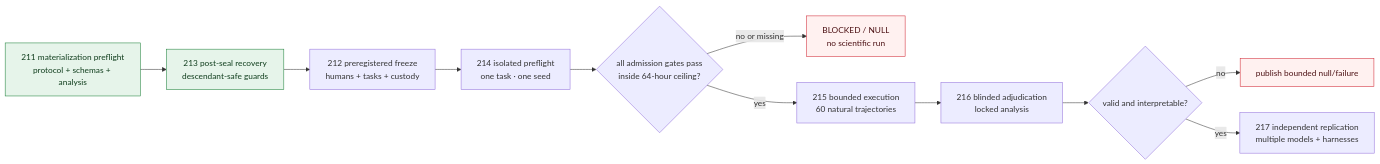
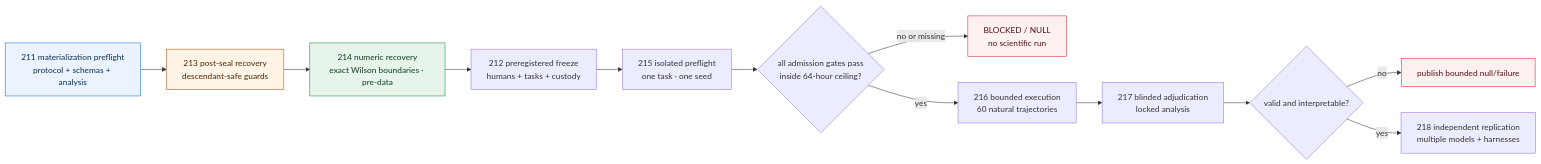
The second of 2 diagrams in docs/TELOS-ROADMAP-2026.md (manfromnowhere143/telos), drawn with Mermaid before and after one commit. The commit also changed other lines of this file and 21 other files, not shown here.

Commit message:
Recover TCP-1 cross-platform Wilson boundaries

````diff
--- a/docs/TELOS-ROADMAP-2026.md
+++ b/docs/TELOS-ROADMAP-2026.md
@@ -181,17 +183,22 @@
 ```mermaid
 flowchart LR
- I211["211 materialization preflight<br/>protocol + schemas + analysis"] --> I213["213 post-seal recovery<br/>descendant-safe guards"]
- I213 --> I212["212 preregistered freeze<br/>humans + tasks + custody"]
- I212 --> I214["214 isolated preflight<br/>one task · one seed"]
- I214 --> Q{"all admission gates pass<br/>inside 64-hour ceiling?"}
- Q -->|no or missing| B["BLOCKED / NULL<br/>no scientific run"]
- Q -->|yes| I215["215 bounded execution<br/>60 natural trajectories"]
- I215 --> I216["216 blinded adjudication<br/>locked analysis"]
- I216 --> R{"valid and interpretable?"}
- R -->|no| N["publish bounded null/failure"]
- R -->|yes| I217["217 independent replication<br/>multiple models + harnesses"]
- classDef done fill:#e6f4ea,stroke:#1a7f37,color:#0f3d1c;
- classDef blocked fill:#fff1f0,stroke:#cf222e,color:#4c1114;
- class I211,I213 done;
- class B,N blocked;
+I211["211 materialization preflight<br/>protocol + schemas + analysis"] --> I213["213 post-seal recovery<br/>descendant-safe guards"]
+I213 --> I214["214 numeric recovery<br/>exact Wilson boundaries · pre-data"]
+I214 --> I212["212 preregistered freeze<br/>humans + tasks + custody"]
+I212 --> I215["215 isolated preflight<br/>one task · one seed"]
+I215 --> Q{"all admission gates pass<br/>inside 64-hour ceiling?"}
+Q -->|no or missing| B["BLOCKED / NULL<br/>no scientific run"]
+Q -->|yes| I216["216 bounded execution<br/>60 natural trajectories"]
+I216 --> I217["217 blinded adjudication<br/>locked analysis"]
+I217 --> R{"valid and interpretable?"}
+R -->|no| N["publish bounded null/failure"]
+R -->|yes| I218["218 independent replication<br/>multiple models + harnesses"]
+classDef done fill:#eaf3ff,stroke:#0969da,color:#0c2d57;
+classDef corrected fill:#fff4e5,stroke:#b54708,color:#4a2500;
+classDef active fill:#e6f4ea,stroke:#1a7f37,color:#0f3d1c;
+classDef blocked fill:#fff1f0,stroke:#cf222e,color:#4c1114;
+class I211 done;
+class I213 corrected;
+class I214 active;
+class B,N blocked;
 ```
````
